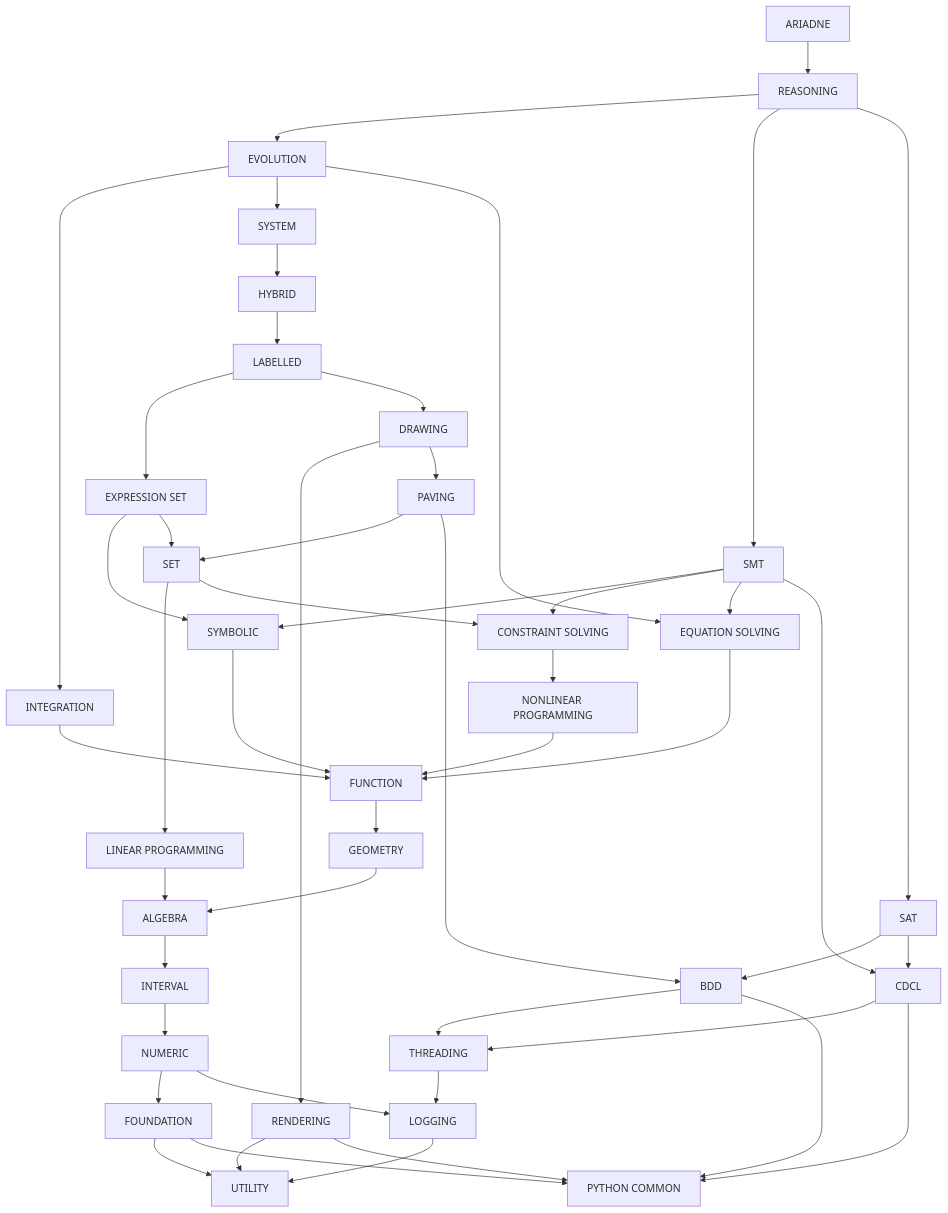
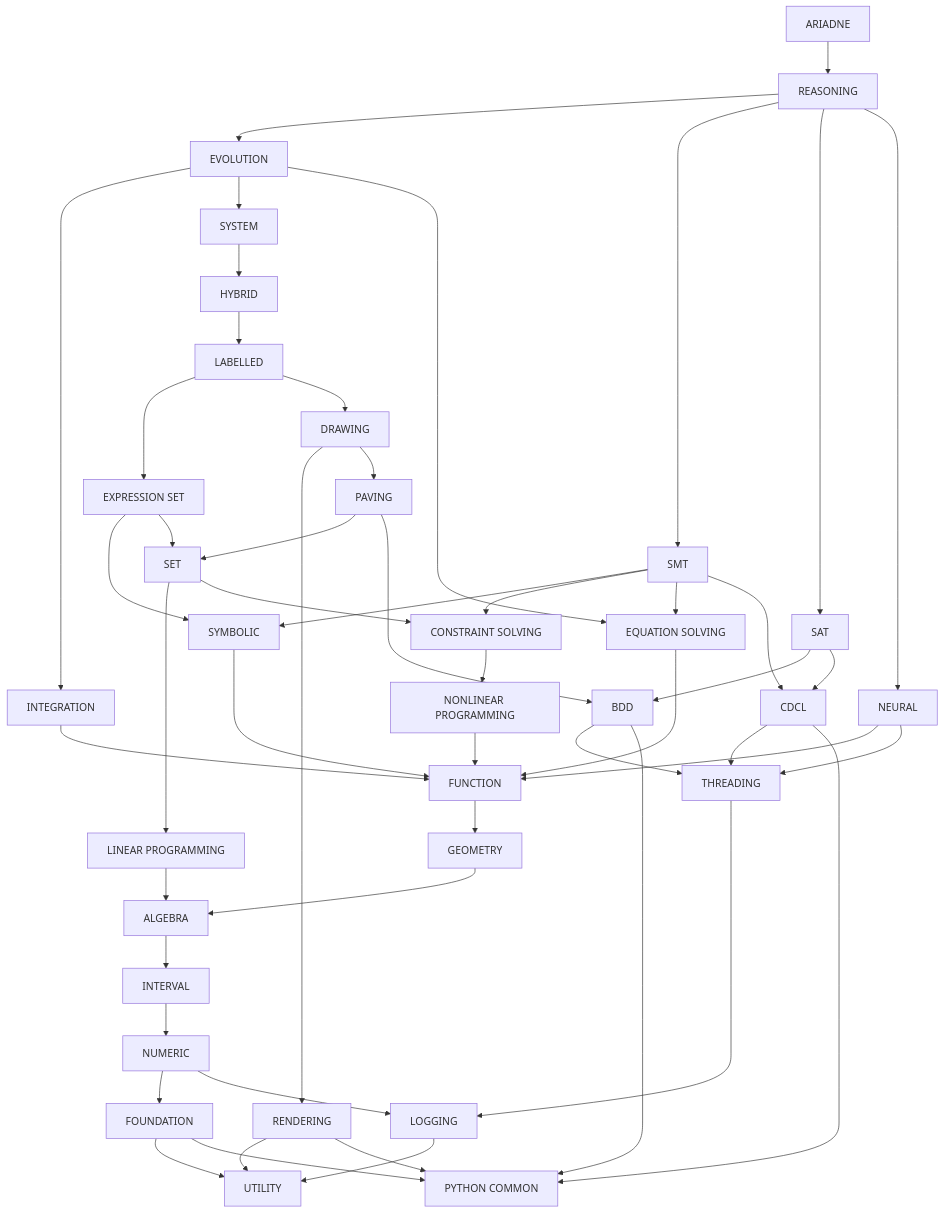
The diagram in doc/structure.md (ariadne-cps/ariadne), drawn with Mermaid before and after one commit. The commit also changed other lines of this file, not shown here.

Commit message:
docs: add neural dependency and minimal commit checks

```diff
--- a/doc/structure.md
+++ b/doc/structure.md
@@ -6,6 +6,7 @@
 graph TD
     ariadne["ARIADNE"]
     reasoning["REASONING"]
+    neural["NEURAL"]
     evolution["EVOLUTION"]
     integration["INTEGRATION"]
     system["SYSTEM"]
@@ -40,6 +41,9 @@
     reasoning --> evolution
     reasoning --> smt
     reasoning --> sat
+    reasoning --> neural
+    neural --> function
+    neural --> threading
     evolution --> integration
     evolution --> system
     evolution --> equation_solving
```
